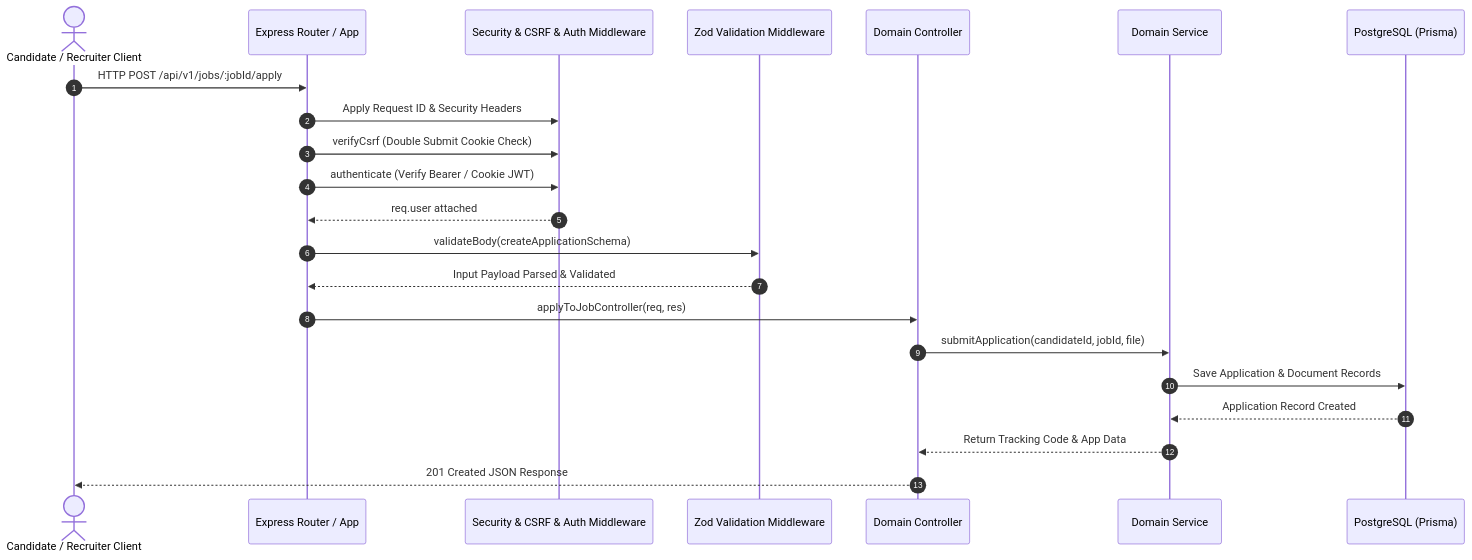
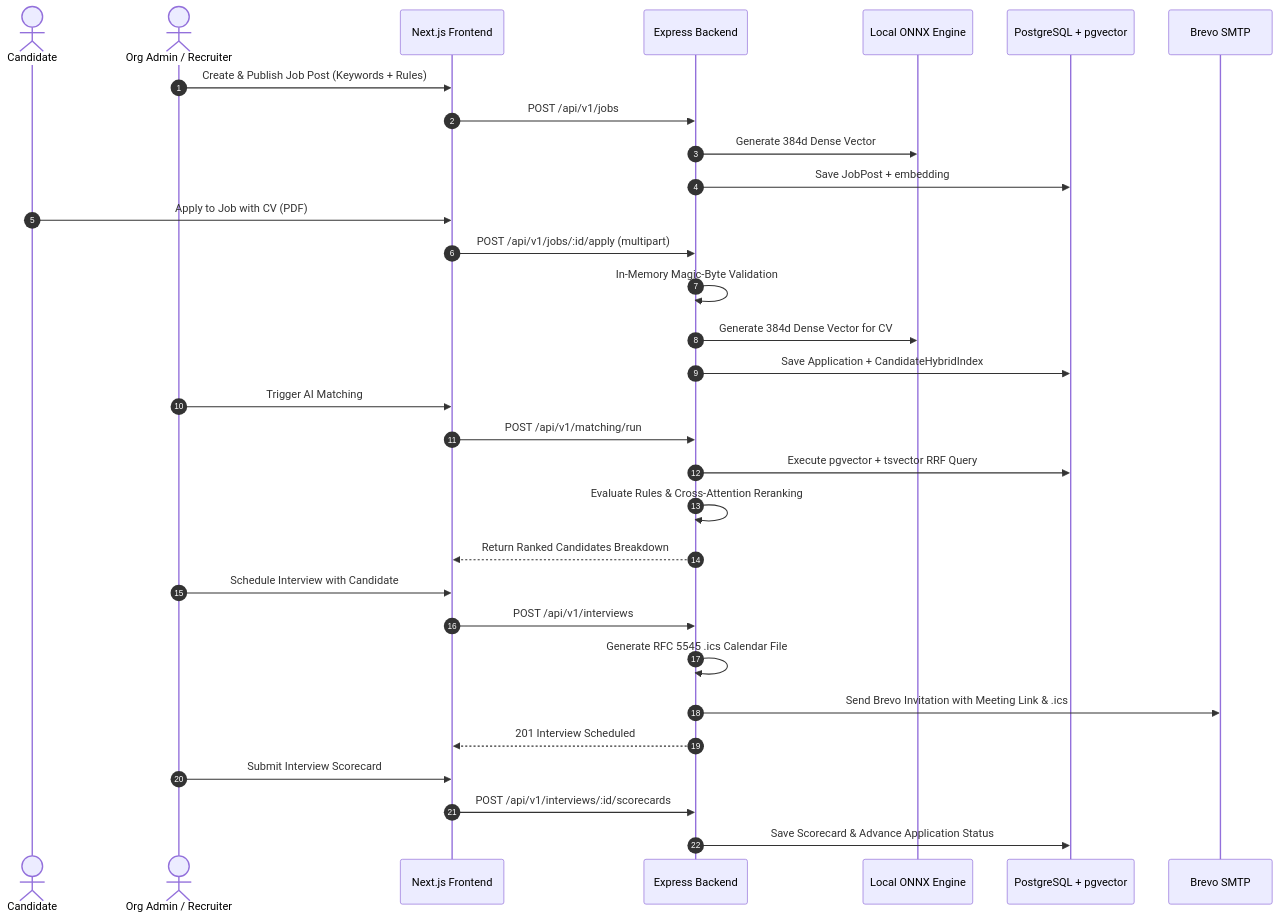
The third of 3 diagrams in backend/reports/14-documentation.md (Nourhenebenothmen22/Khademni), drawn with Mermaid before and after one commit. The commit also changed other lines of this file and 133 other files, not shown here.

````diff
--- a/backend/reports/14-documentation.md
+++ b/backend/reports/14-documentation.md
@@ -84,25 +109,38 @@
 ```mermaid
 sequenceDiagram
     autonumber
-    actor Client as Candidate / Recruiter Client
-    participant Express as Express Router / App
-    participant MW as Security & CSRF & Auth Middleware
-    participant Val as Zod Validation Middleware
-    participant Controller as Domain Controller
-    participant Service as Domain Service
-    participant DB as PostgreSQL (Prisma)
+    actor Candidate
+    actor Recruiter as Org Admin / Recruiter
+    participant Web as Next.js Frontend
+    participant API as Express Backend
+    participant ONNX as Local ONNX Engine
+    participant DB as PostgreSQL + pgvector
+    participant Mail as Brevo SMTP
 
-    Client->>Express: HTTP POST /api/v1/jobs/:jobId/apply
-    Express->>MW: Apply Request ID & Security Headers
-    Express->>MW: verifyCsrf (Double Submit Cookie Check)
-    Express->>MW: authenticate (Verify Bearer / Cookie JWT)
-    MW-->>Express: req.user attached
-    Express->>Val: validateBody(createApplicationSchema)
-    Val-->>Express: Input Payload Parsed & Validated
-    Express->>Controller: applyToJobController(req, res)
-    Controller->>Service: submitApplication(candidateId, jobId, file)
-    Service->>DB: Save Application & Document Records
-    DB-->>Service: Application Record Created
-    Service-->>Controller: Return Tracking Code & App Data
-    Controller-->>Client: 201 Created JSON Response
+    Recruiter->>Web: Create & Publish Job Post (Keywords + Rules)
+    Web->>API: POST /api/v1/jobs
+    API->>ONNX: Generate 384d Dense Vector
+    API->>DB: Save JobPost + embedding
+    
+    Candidate->>Web: Apply to Job with CV (PDF)
+    Web->>API: POST /api/v1/jobs/:id/apply (multipart)
+    API->>API: In-Memory Magic-Byte Validation
+    API->>ONNX: Generate 384d Dense Vector for CV
+    API->>DB: Save Application + CandidateHybridIndex
+    
+    Recruiter->>Web: Trigger AI Matching
+    Web->>API: POST /api/v1/matching/run
+    API->>DB: Execute pgvector + tsvector RRF Query
+    API->>API: Evaluate Rules & Cross-Attention Reranking
+    API-->>Web: Return Ranked Candidates Breakdown
+    
+    Recruiter->>Web: Schedule Interview with Candidate
+    Web->>API: POST /api/v1/interviews
+    API->>API: Generate RFC 5545 .ics Calendar File
+    API->>Mail: Send Brevo Invitation with Meeting Link & .ics
+    API-->>Web: 201 Interview Scheduled
+    
+    Recruiter->>Web: Submit Interview Scorecard
+    Web->>API: POST /api/v1/interviews/:id/scorecards
+    API->>DB: Save Scorecard & Advance Application Status
 ```
````
